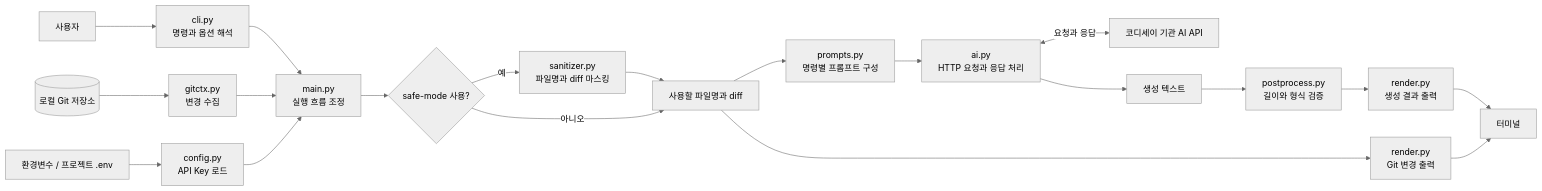
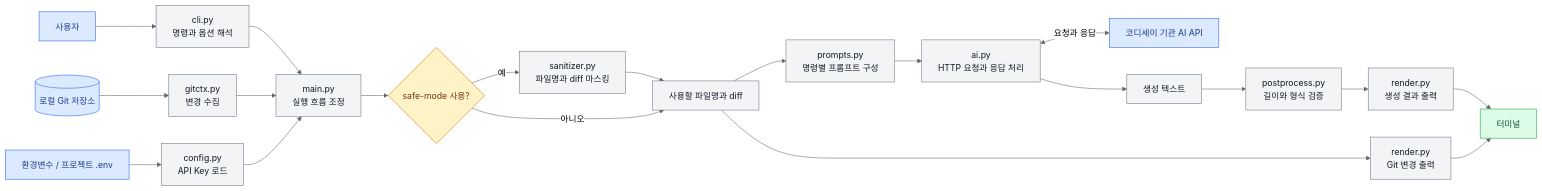
The diagram in docs/design/architecture.md (bllancck/B3-2.git-ai-generator), drawn with Mermaid (neutral theme) before and after one commit. The commit also changed other lines of this file and 2 other files, not shown here.

Commit message:
docs: streamline and style workflow diagrams

````diff
--- a/docs/design/architecture.md
+++ b/docs/design/architecture.md
@@ -17,22 +17,32 @@
 ```mermaid
 flowchart LR
     User[사용자] --> CLI[cli.py<br/>명령과 옵션 해석]
     CLI --> Main[main.py<br/>실행 흐름 조정]
     Git[(로컬 Git 저장소)] --> GitCtx[gitctx.py<br/>변경 수집]
     GitCtx --> Main
     Env[환경변수 / 프로젝트 .env] --> Config[config.py<br/>API Key 로드]
     Config --> Main
     Main --> Input{safe-mode 사용?}
     Input -->|예| Mask[sanitizer.py<br/>파일명과 diff 마스킹]
     Input -->|아니오| Changes[사용할 파일명과 diff]
     Mask --> Changes
     Changes --> Prompt[prompts.py<br/>명령별 프롬프트 구성]
     Changes --> Preview[render.py<br/>Git 변경 출력]
     Prompt --> AI[ai.py<br/>HTTP 요청과 응답 처리]
     AI <-->|요청과 응답| API[코디세이 기관 AI API]
     AI --> Generated[생성 텍스트]
     Generated --> Validate[postprocess.py<br/>길이와 형식 검증]
     Validate --> Result[render.py<br/>생성 결과 출력]
     Preview --> Terminal[터미널]
     Result --> Terminal
+
+    classDef input fill:#DBEAFE,stroke:#2563EB,color:#1E3A8A
+    classDef process fill:#F3F4F6,stroke:#6B7280,color:#111827
+    classDef decision fill:#FEF3C7,stroke:#D97706,color:#78350F
+    classDef success fill:#DCFCE7,stroke:#16A34A,color:#14532D
+
+    class User,Git,Env,API input
+    class CLI,Main,GitCtx,Config,Mask,Changes,Prompt,Preview,AI,Generated,Validate,Result process
+    class Input decision
+    class Terminal success
 ```
````
